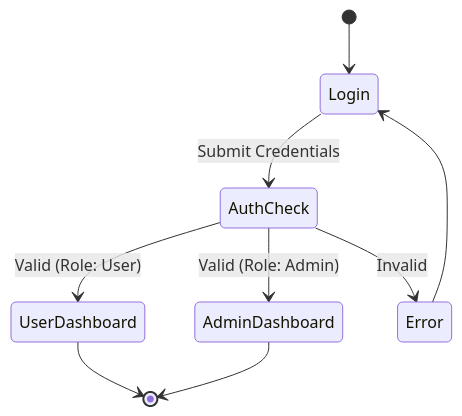
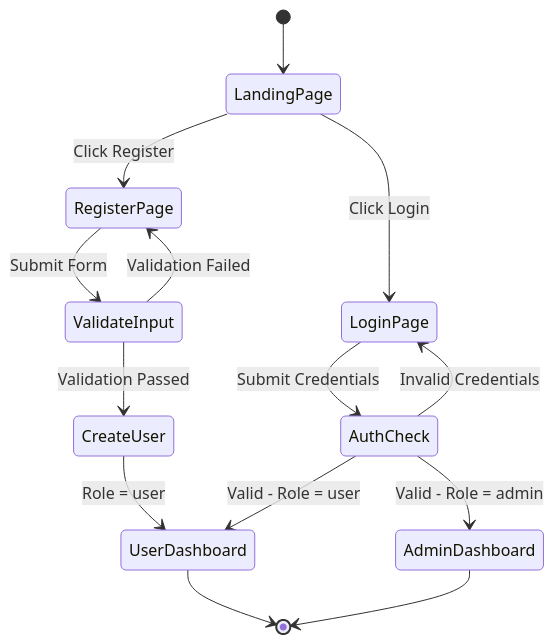
Before and after one commit to Shrija1604/task-management-app: the fourth of 7 diagrams in project_documentation.md, drawn with Mermaid. The commit also changed other lines of this file and 47 other files, not shown here.

````diff
--- a/project_documentation.md
+++ b/project_documentation.md
@@ -199,11 +328,19 @@
 ```mermaid
 stateDiagram-v2
-    [*] --> Login
-    Login --> AuthCheck: Submit Credentials
-    AuthCheck --> UserDashboard: Valid (Role: User)
-    AuthCheck --> AdminDashboard: Valid (Role: Admin)
-    AuthCheck --> Error: Invalid
-    Error --> Login
+    [*] --> LandingPage
+    LandingPage --> LoginPage : Click Login
+    LandingPage --> RegisterPage : Click Register
+
+    RegisterPage --> ValidateInput : Submit Form
+    ValidateInput --> RegisterPage : Validation Failed
+    ValidateInput --> CreateUser : Validation Passed
+    CreateUser --> UserDashboard : Role = user
+
+    LoginPage --> AuthCheck : Submit Credentials
+    AuthCheck --> LoginPage : Invalid Credentials
+    AuthCheck --> UserDashboard : Valid - Role = user
+    AuthCheck --> AdminDashboard : Valid - Role = admin
+
     UserDashboard --> [*]
     AdminDashboard --> [*]
 ```
````
